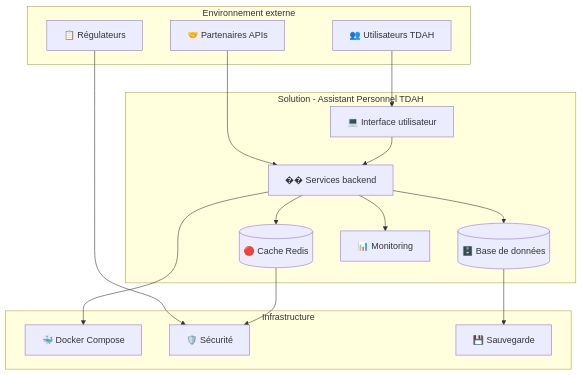
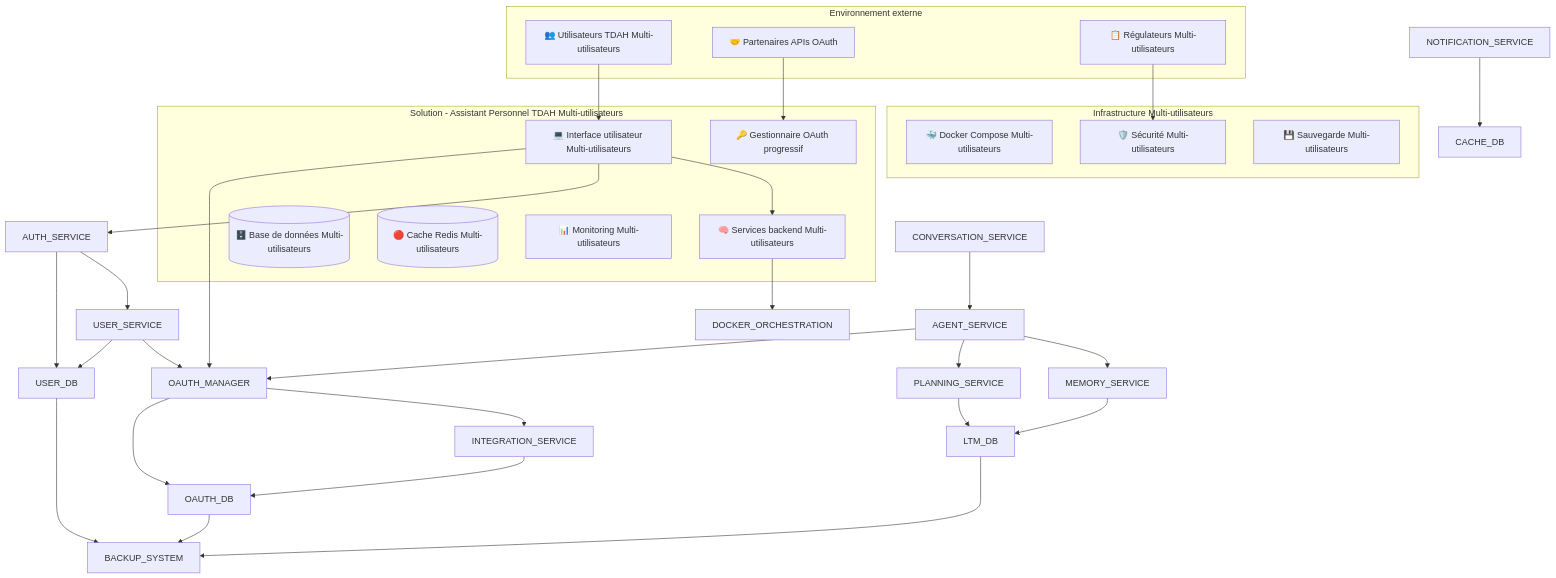
Before and after one commit to BlokusPokus/ai_assistant: the first of 4 diagrams in docs/architecture/4_MAS_application_model.md, drawn with Mermaid. The commit also changed other lines of this file and 13 other files, not shown here.

First line of the commit message:
feat: Enhance Architecture Documentation for Multi-User Support and OAuth Integration

````diff
--- a/docs/architecture/4_MAS_application_model.md
+++ b/docs/architecture/4_MAS_application_model.md
@@ -9,35 +9,54 @@
 ```mermaid
 graph TB
     subgraph "Environnement externe"
-        USERS[👥 Utilisateurs TDAH]
-        PARTNERS[🤝 Partenaires APIs]
-        REGULATORS[📋 Régulateurs]
+        USERS[👥 Utilisateurs TDAH Multi-utilisateurs]
+        PARTNERS[🤝 Partenaires APIs OAuth]
+        REGULATORS[📋 Régulateurs Multi-utilisateurs]
     end
 
-    subgraph "Solution - Assistant Personnel TDAH"
-        FRONTEND[💻 Interface utilisateur]
-        BACKEND[�� Services backend]
-        DATABASE[(🗄️ Base de données)]
-        CACHE[(🔴 Cache Redis)]
-        MONITORING[📊 Monitoring]
+    subgraph "Solution - Assistant Personnel TDAH Multi-utilisateurs"
+        FRONTEND[💻 Interface utilisateur Multi-utilisateurs]
+        BACKEND[🧠 Services backend Multi-utilisateurs]
+        OAUTH_MGR[🔑 Gestionnaire OAuth progressif]
+        DATABASE[(🗄️ Base de données Multi-utilisateurs)]
+        CACHE[(🔴 Cache Redis Multi-utilisateurs)]
+        MONITORING[📊 Monitoring Multi-utilisateurs]
     end
 
-    subgraph "Infrastructure"
-        DOCKER[🐳 Docker Compose]
-        SECURITY[🛡️ Sécurité]
-        BACKUP[💾 Sauvegarde]
+    subgraph "Infrastructure Multi-utilisateurs"
+        DOCKER[🐳 Docker Compose Multi-utilisateurs]
+        SECURITY[🛡️ Sécurité Multi-utilisateurs]
+        BACKUP[💾 Sauvegarde Multi-utilisateurs]
     end
 
     USERS --> FRONTEND
-    PARTNERS --> BACKEND
+    PARTNERS --> OAUTH_MGR
     REGULATORS --> SECURITY
 
     FRONTEND --> BACKEND
-    BACKEND --> DATABASE
-    BACKEND --> CACHE
-    BACKEND --> MONITORING
+    FRONTEND --> AUTH_SERVICE
+    FRONTEND --> OAUTH_MANAGER
 
-    BACKEND --> DOCKER
-    DATABASE --> BACKUP
-    CACHE --> SECURITY
+    AUTH_SERVICE --> USER_SERVICE
+    USER_SERVICE --> OAUTH_MANAGER
+    OAUTH_MANAGER --> INTEGRATION_SERVICE
+
+    CONVERSATION_SERVICE --> AGENT_SERVICE
+    AGENT_SERVICE --> MEMORY_SERVICE
+    AGENT_SERVICE --> PLANNING_SERVICE
+    AGENT_SERVICE --> OAUTH_MANAGER
+
+    INTEGRATION_SERVICE --> OAUTH_DB
+    NOTIFICATION_SERVICE --> CACHE_DB
+
+    AUTH_SERVICE --> USER_DB
+    USER_SERVICE --> USER_DB
+    MEMORY_SERVICE --> LTM_DB
+    PLANNING_SERVICE --> LTM_DB
+    OAUTH_MANAGER --> OAUTH_DB
+
+    BACKEND --> DOCKER_ORCHESTRATION
+    USER_DB --> BACKUP_SYSTEM
+    OAUTH_DB --> BACKUP_SYSTEM
+    LTM_DB --> BACKUP_SYSTEM
 ```
````
